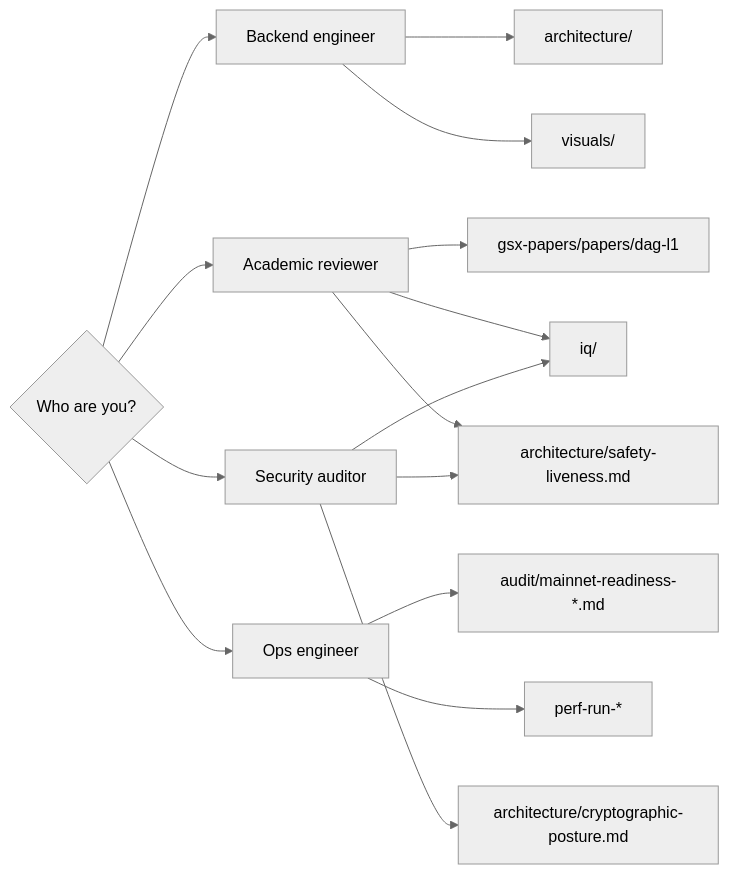
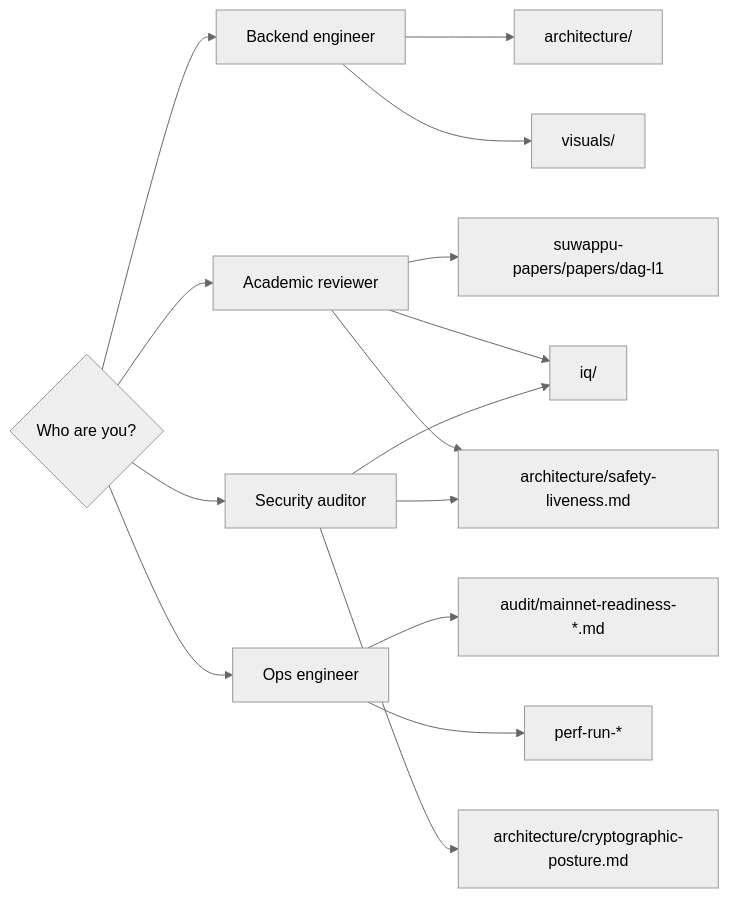
Before and after one commit to Suwappu-Labs/suwappu-dag: the first of 2 diagrams in docs/README.md, drawn with Mermaid (neutral theme). The commit also changed other lines of this file and 503 other files, not shown here.

First line of the commit message:
chore: rebrand gsx-dag -> suwappu-dag (crates, code, docs, scripts)

````diff
--- a/docs/README.md
+++ b/docs/README.md
@@ -23,22 +23,22 @@
 ```mermaid
 flowchart LR
     Reader{Who are you?}
     Reader --> BE[Backend engineer]
     Reader --> Acad[Academic reviewer]
     Reader --> Ops[Ops engineer]
     Reader --> Audit[Security auditor]
 
     BE --> Arch[architecture/]
     BE --> Visuals[visuals/]
 
-    Acad --> Paper[gsx-papers/papers/dag-l1]
+    Acad --> Paper[suwappu-papers/papers/dag-l1]
     Acad --> IQ[iq/]
     Acad --> SafLi[architecture/safety-liveness.md]
 
     Ops --> Audit2[audit/mainnet-readiness-*.md]
     Ops --> Perf[perf-run-*]
 
     Audit --> IQ
     Audit --> SafLi
     Audit --> Crypto[architecture/cryptographic-posture.md]
 ```
````
